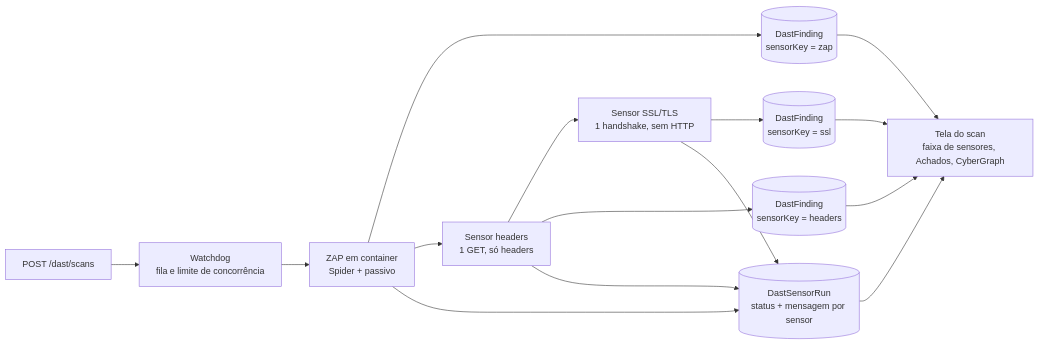
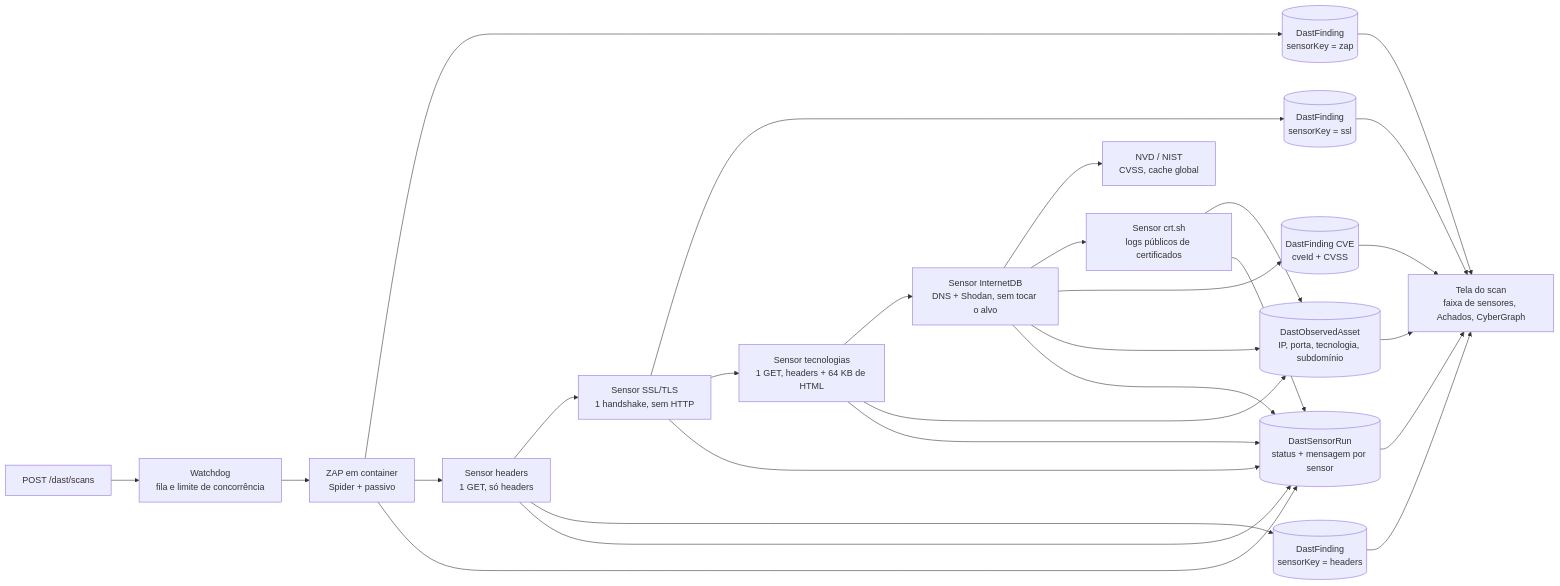
One commit to guimunizzz/Vulnera-TCC changed the first of 2 diagrams in DISCOVERY.md. Above: the diagram before and after it, drawn with Mermaid. The commit also changed other lines of this file and 11 other files, not shown here.

First line of the commit message:
docs: sensores de descoberta no DISCOVERY, SECURITY, DESIGN, DAST e evidências

````diff
--- a/DISCOVERY.md
+++ b/DISCOVERY.md
@@ -22,12 +23,18 @@
 ```mermaid
 flowchart LR
   S[POST /dast/scans] --> W[Watchdog<br/>fila e limite de concorrência]
   W --> Z[ZAP em container<br/>Spider + passivo]
   Z --> F[(DastFinding<br/>sensorKey = zap)]
   Z --> H[Sensor headers<br/>1 GET, só headers]
   H --> T[Sensor SSL/TLS<br/>1 handshake, sem HTTP]
   H --> F2[(DastFinding<br/>sensorKey = headers)]
   T --> F3[(DastFinding<br/>sensorKey = ssl)]
-  Z & H & T --> R[(DastSensorRun<br/>status + mensagem por sensor)]
-  F & F2 & F3 & R --> G[Tela do scan<br/>faixa de sensores, Achados, CyberGraph]
+  T --> FP[Sensor tecnologias<br/>1 GET, headers + 64 KB de HTML]
+  FP --> I[Sensor InternetDB<br/>DNS + Shodan, sem tocar o alvo]
+  I --> N[NVD / NIST<br/>CVSS, cache global]
+  I --> C[Sensor crt.sh<br/>logs públicos de certificados]
+  I --> F4[(DastFinding CVE<br/>cveId + CVSS)]
+  FP & I & C --> A[(DastObservedAsset<br/>IP, porta, tecnologia, subdomínio)]
+  Z & H & T & FP & I & C --> R[(DastSensorRun<br/>status + mensagem por sensor)]
+  F & F2 & F3 & F4 & A & R --> G[Tela do scan<br/>faixa de sensores, Achados, CyberGraph]
 ```
````
